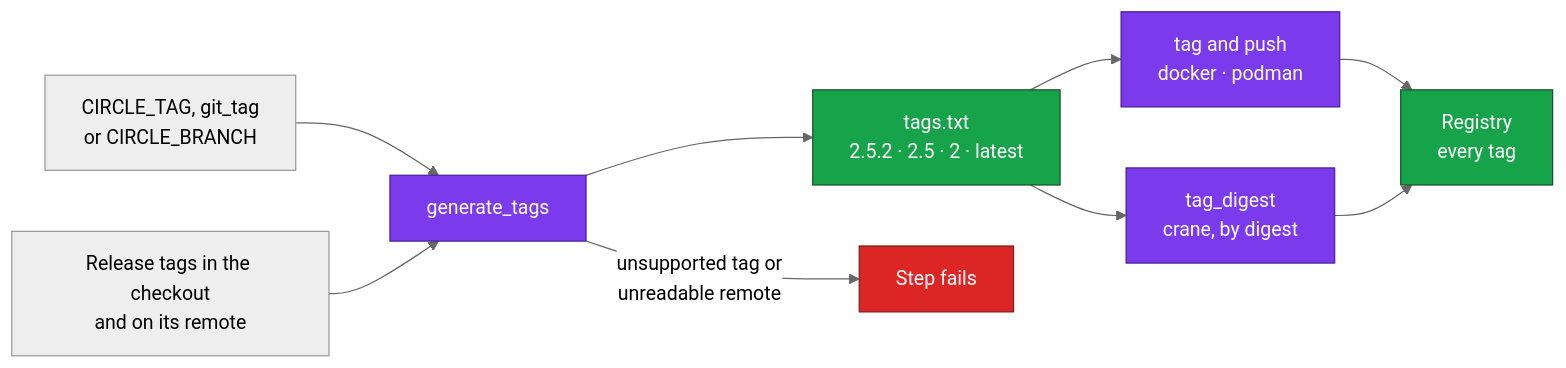
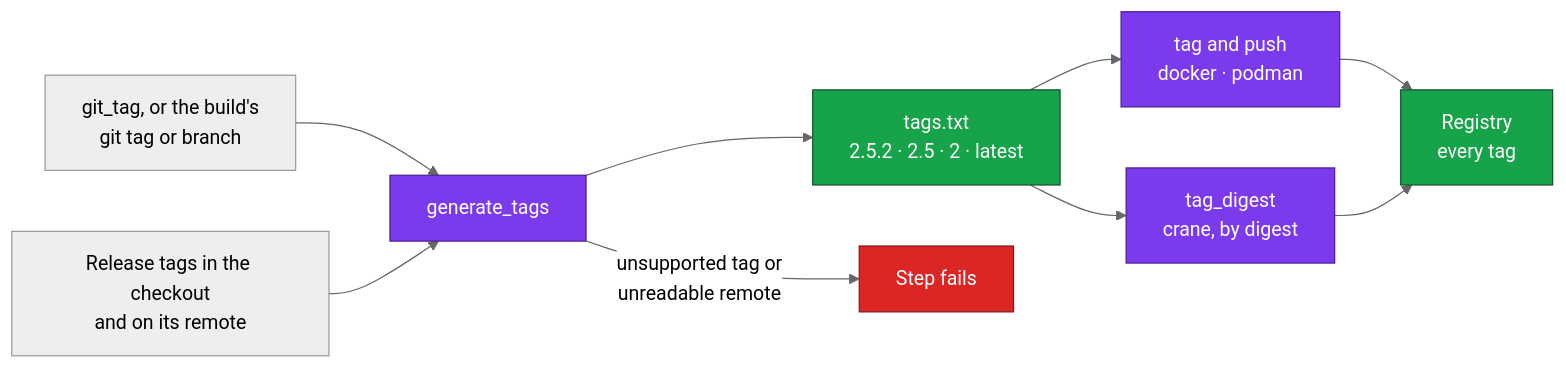
Before and after one commit to juburr/container-tagger-orb: the diagram in README.md, drawn with Mermaid (neutral theme). The commit also changed other lines of this file and 25 other files, not shown here.

````diff
--- a/README.md
+++ b/README.md
@@ -77,19 +79,19 @@
 ```mermaid
 flowchart LR
-    id["CIRCLE_TAG, git_tag<br/>or CIRCLE_BRANCH"] --> gen["generate_tags"]
+    id["git_tag, or the build's<br/>git tag or branch"] --> gen["generate_tags"]
     git["Release tags in the checkout<br/>and on its remote"] --> gen
     gen --> file["tags.txt<br/>2.5.2 · 2.5 · 2 · latest"]
     gen -- "unsupported tag or<br/>unreadable remote" --> stop["Step fails"]
     file --> tag["tag and push<br/>docker · podman"]
     file --> digest["tag_digest<br/>crane, by digest"]
     tag --> reg["Registry<br/>every tag"]
     digest --> reg
 
     classDef install fill:#0EA5E9,stroke:#0369A1,color:#FFFFFF
     classDef tool fill:#7C3AED,stroke:#4C1D95,color:#FFFFFF
     classDef good fill:#16A34A,stroke:#14532D,color:#FFFFFF
     classDef bad fill:#DC2626,stroke:#7F1D1D,color:#FFFFFF
     class gen,tag,digest tool
     class file,reg good
     class stop bad
 ```
````
